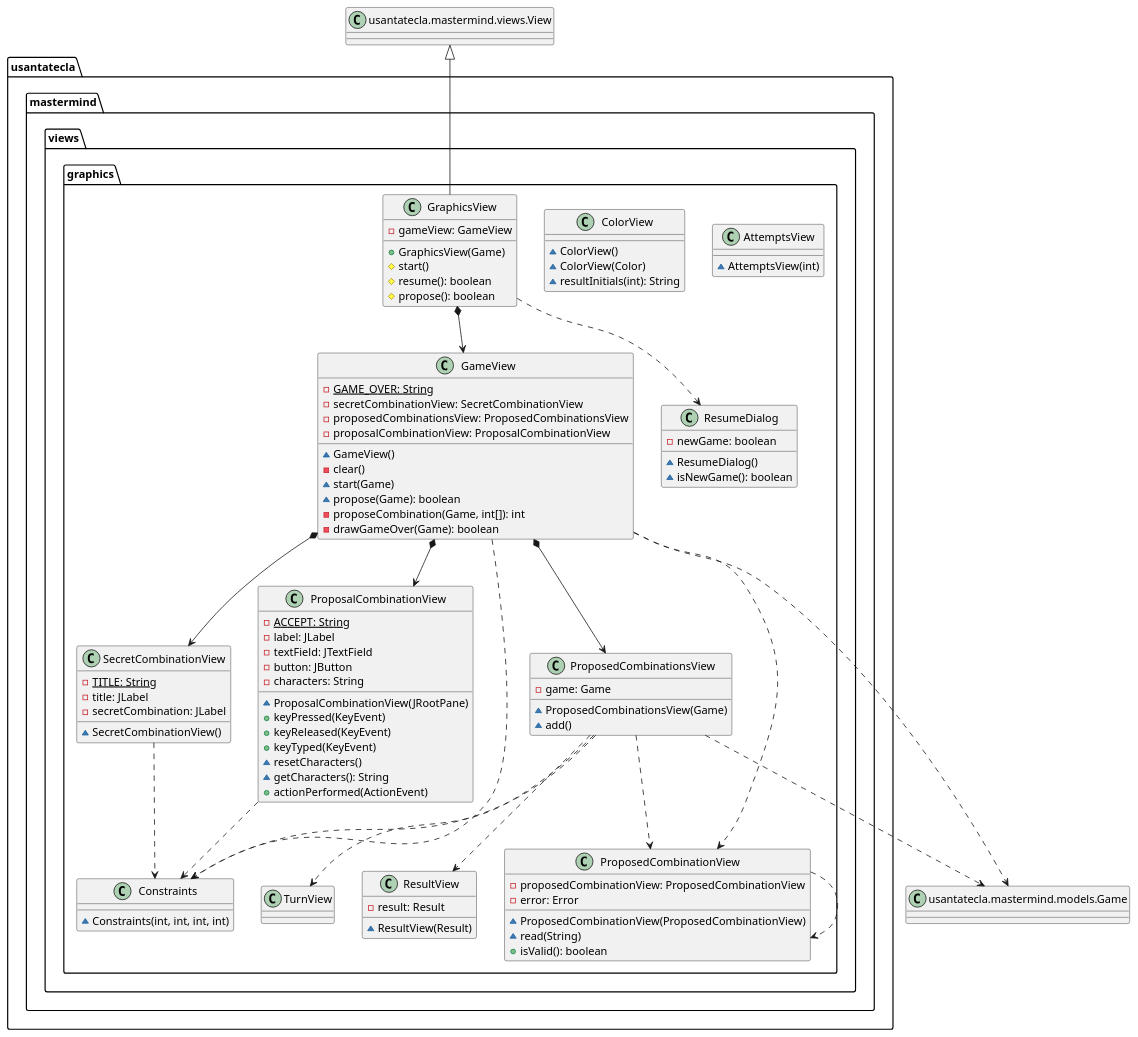
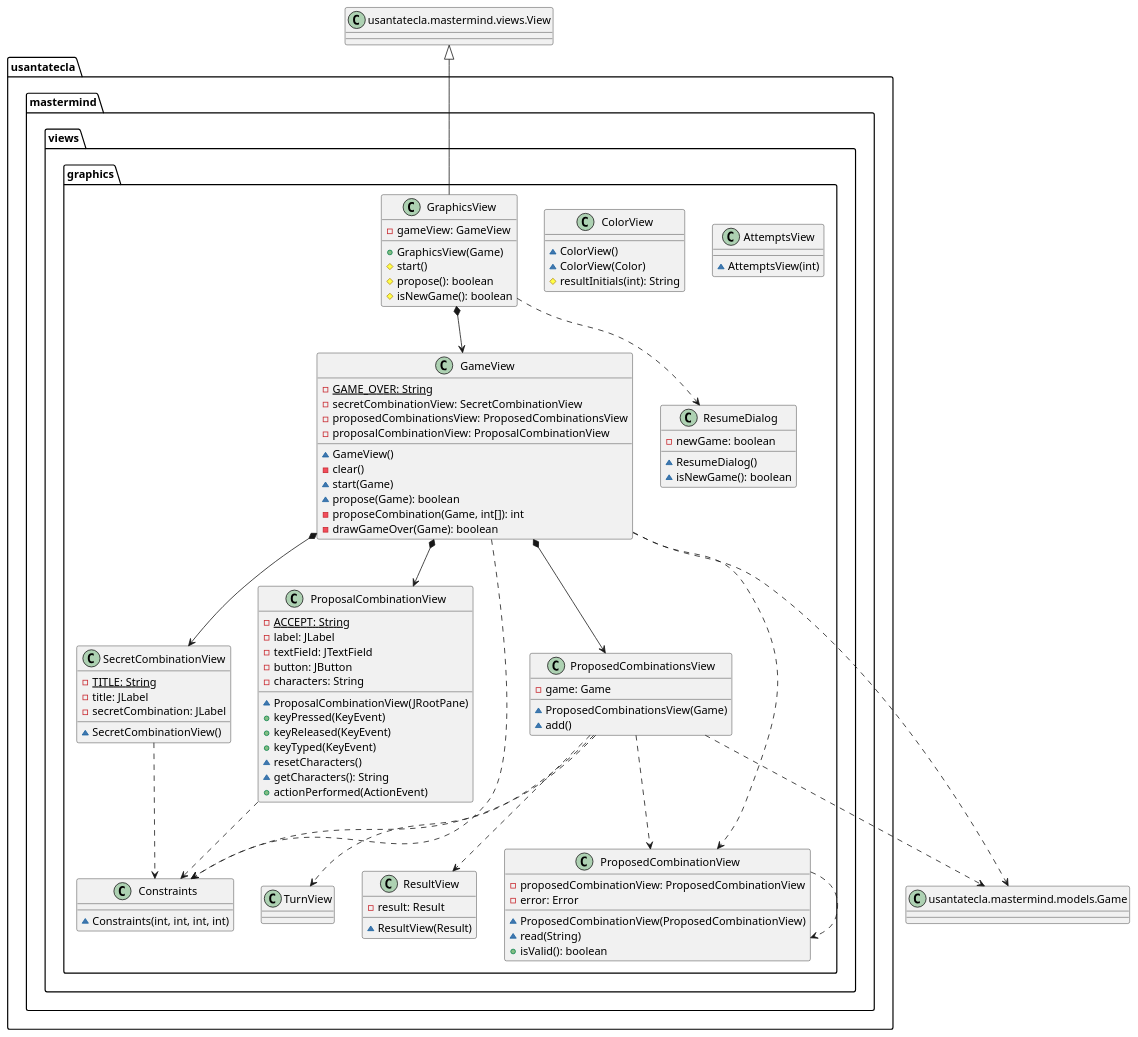
One commit to SantaTecla-mastermind/solution.java.swing.socket.sql changed the fourth of 6 diagrams in documentView/withFactoryMethod/docs/diagrams/src/paquetes.plantuml. Above: the diagram before and after it, drawn with PlantUML. The commit also changed other lines of this file and 6 other files, not shown here.

Commit message:
DocumentView.WithFactoryMethod diagrams 2.0 (Protected fixed)

```diff
--- a/documentView/withFactoryMethod/docs/diagrams/src/paquetes.plantuml
+++ b/documentView/withFactoryMethod/docs/diagrams/src/paquetes.plantuml
@@ -185,108 +183,108 @@
 @startuml mastermind.view.Graphics
 class Game as "usantatecla.mastermind.models.Game"{
     
 }
 class usantatecla.mastermind.views.graphics.AttemptsView{
     ~AttemptsView(int)
 }
 
 class usantatecla.mastermind.views.graphics.ColorView{
     ~ColorView()
     ~ColorView(Color)
-    ~resultInitials(int): String
+    #resultInitials(int): String
 }
 class  usantatecla.mastermind.views.graphics.Constraints{
 ~ Constraints(int, int, int, int)
 }
 
 class  usantatecla.mastermind.views.graphics.GameView{
 - {static} GAME_OVER: String
 - secretCombinationView: SecretCombinationView
 - proposedCombinationsView: ProposedCombinationsView
 - proposalCombinationView: ProposalCombinationView
 ~ GameView()
 - clear()  
 ~ start(Game)  
 ~ propose(Game): boolean
 - proposeCombination(Game, int[]): int
 - drawGameOver(Game): boolean
 }
 
 usantatecla.mastermind.views.graphics.GameView *-down-> usantatecla.mastermind.views.graphics.ProposedCombinationsView
 usantatecla.mastermind.views.graphics.GameView *-down-> usantatecla.mastermind.views.graphics.SecretCombinationView
 usantatecla.mastermind.views.graphics.GameView *-down-> usantatecla.mastermind.views.graphics.ProposalCombinationView
 usantatecla.mastermind.views.graphics.GameView ..> Game
 usantatecla.mastermind.views.graphics.GameView ..> usantatecla.mastermind.views.graphics.ProposedCombinationView
 usantatecla.mastermind.views.graphics.GameView ..> usantatecla.mastermind.views.graphics.Constraints
 
 class  usantatecla.mastermind.views.graphics.GraphicsView{
 - gameView: GameView
 + GraphicsView(Game)
 # start()  
-# resume(): boolean
 # propose(): boolean
+# isNewGame(): boolean
 }
 class View as "usantatecla.mastermind.views.View"{
 
 }
 View <|-down- usantatecla.mastermind.views.graphics.GraphicsView
 usantatecla.mastermind.views.graphics.GraphicsView *-down-> usantatecla.mastermind.views.graphics.GameView
 usantatecla.mastermind.views.graphics.GraphicsView ..> usantatecla.mastermind.views.graphics.ResumeDialog
 
 class  usantatecla.mastermind.views.graphics.ProposalCombinationView{
 - {static} ACCEPT: String
 - label: JLabel
 - textField: JTextField
 - button: JButton
 - characters: String
 ~ ProposalCombinationView(JRootPane)
 + keyPressed(KeyEvent)  
 + keyReleased(KeyEvent)  
 + keyTyped(KeyEvent)  
 ~ resetCharacters()  
 ~ getCharacters(): String
 + actionPerformed(ActionEvent)  
 }
 usantatecla.mastermind.views.graphics.ProposalCombinationView..> usantatecla.mastermind.views.graphics.Constraints
 
 class  usantatecla.mastermind.views.graphics.ProposedCombinationsView{
 - game: Game
 ~ ProposedCombinationsView(Game)
 ~ add()  
 }
 
 usantatecla.mastermind.views.graphics.ProposedCombinationsView ..> Game
 usantatecla.mastermind.views.graphics.ProposedCombinationsView..> usantatecla.mastermind.views.graphics.Constraints
 usantatecla.mastermind.views.graphics.ProposedCombinationsView ..> usantatecla.mastermind.views.graphics.TurnView
 usantatecla.mastermind.views.graphics.ProposedCombinationsView..> usantatecla.mastermind.views.graphics.ProposedCombinationView
 usantatecla.mastermind.views.graphics.ProposedCombinationsView..> usantatecla.mastermind.views.graphics.ResultView
 
 class  usantatecla.mastermind.views.graphics.ProposedCombinationView{
 - proposedCombinationView: ProposedCombinationView
 - error: Error
 ~ ProposedCombinationView(ProposedCombinationView)
 ~ read(String)
 + isValid(): boolean
 }
 usantatecla.mastermind.views.graphics.ProposedCombinationView..> usantatecla.mastermind.views.graphics.ProposedCombinationView
 
 class  usantatecla.mastermind.views.graphics.ResultView{
 - result: Result
 ~ ResultView(Result)
 }
 
 class  usantatecla.mastermind.views.graphics.ResumeDialog{
 - newGame: boolean
 ~ ResumeDialog()
 ~ isNewGame(): boolean
 }
 
 class  usantatecla.mastermind.views.graphics.SecretCombinationView{
 - {static} TITLE: String
 - title: JLabel
 - secretCombination: JLabel
 ~ SecretCombinationView()
 } 
 usantatecla.mastermind.views.graphics.SecretCombinationView..> usantatecla.mastermind.views.graphics.Constraints
 
 @enduml
```
